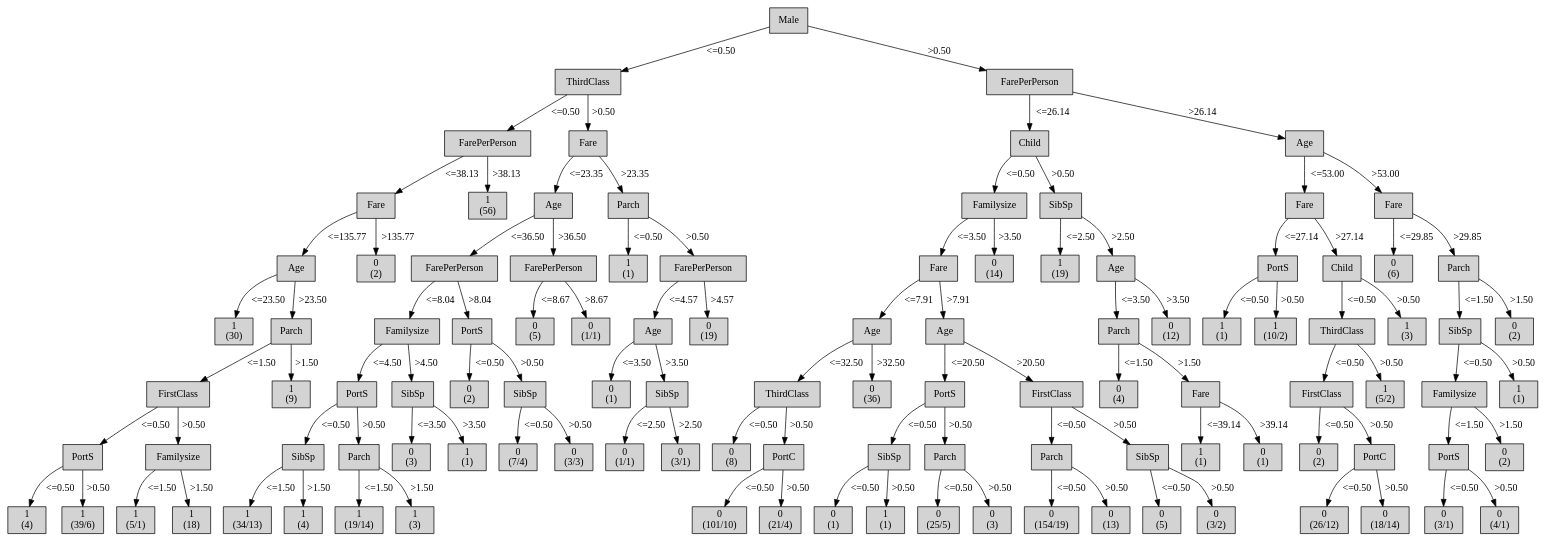
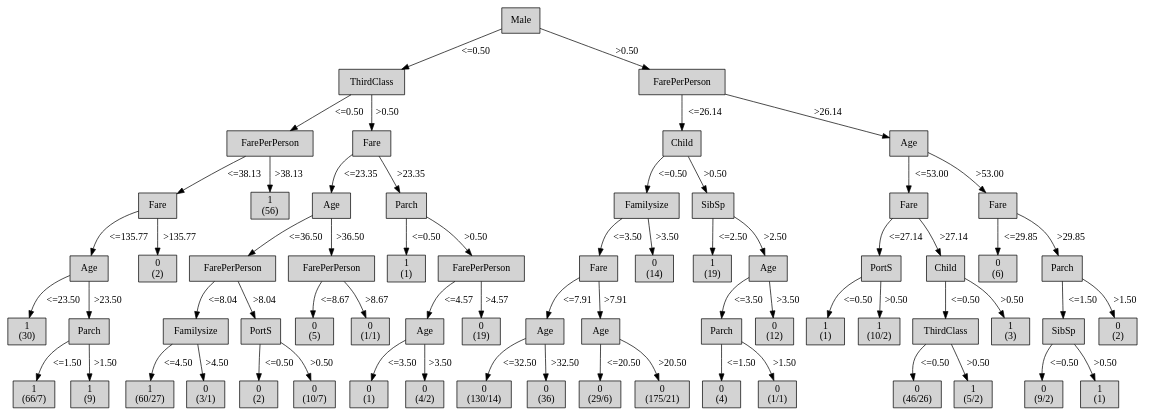
The diagram in output/train-1/tree.dot (mklb/BI-Python3), drawn with Graphviz before and after one commit. The commit also changed 1 other file, not shown here.

```diff
--- a/output/train-1/tree.dot
+++ b/output/train-1/tree.dot
@@ -20,373 +20,217 @@
 "6" [shape=box, style=filled, label="Parch
 ", weight=6]
 4 -> 6 [ label = ">23.50"];
-"7" [shape=box, style=filled, label="FirstClass
+"7" [shape=box, style=filled, label="1
+(66/7)
 ", weight=7]
 6 -> 7 [ label = "<=1.50"];
-"8" [shape=box, style=filled, label="PortS
-", weight=8]
-7 -> 8 [ label = "<=0.50"];
-"9" [shape=box, style=filled, label="1
-(4)
-", weight=9]
-8 -> 9 [ label = "<=0.50"];
-"10" [shape=box, style=filled, label="1
-(39/6)
-", weight=9]
-8 -> 10 [ label = ">0.50"];
-"11" [shape=box, style=filled, label="Familysize
-", weight=8]
-7 -> 11 [ label = ">0.50"];
-"12" [shape=box, style=filled, label="1
-(5/1)
-", weight=9]
-11 -> 12 [ label = "<=1.50"];
-"13" [shape=box, style=filled, label="1
-(18)
-", weight=9]
-11 -> 13 [ label = ">1.50"];
-"14" [shape=box, style=filled, label="1
+"8" [shape=box, style=filled, label="1
 (9)
 ", weight=7]
-6 -> 14 [ label = ">1.50"];
-"15" [shape=box, style=filled, label="0
+6 -> 8 [ label = ">1.50"];
+"9" [shape=box, style=filled, label="0
 (2)
 ", weight=5]
-3 -> 15 [ label = ">135.77"];
-"16" [shape=box, style=filled, label="1
+3 -> 9 [ label = ">135.77"];
+"10" [shape=box, style=filled, label="1
 (56)
 ", weight=4]
-2 -> 16 [ label = ">38.13"];
-"17" [shape=box, style=filled, label="Fare
+2 -> 10 [ label = ">38.13"];
+"11" [shape=box, style=filled, label="Fare
 ", weight=3]
-1 -> 17 [ label = ">0.50"];
-"18" [shape=box, style=filled, label="Age
+1 -> 11 [ label = ">0.50"];
+"12" [shape=box, style=filled, label="Age
 ", weight=4]
-17 -> 18 [ label = "<=23.35"];
-"19" [shape=box, style=filled, label="FarePerPerson
+11 -> 12 [ label = "<=23.35"];
+"13" [shape=box, style=filled, label="FarePerPerson
 ", weight=5]
-18 -> 19 [ label = "<=36.50"];
-"20" [shape=box, style=filled, label="Familysize
+12 -> 13 [ label = "<=36.50"];
+"14" [shape=box, style=filled, label="Familysize
 ", weight=6]
-19 -> 20 [ label = "<=8.04"];
-"21" [shape=box, style=filled, label="PortS
+13 -> 14 [ label = "<=8.04"];
+"15" [shape=box, style=filled, label="1
+(60/27)
 ", weight=7]
-20 -> 21 [ label = "<=4.50"];
-"22" [shape=box, style=filled, label="SibSp
-", weight=8]
-21 -> 22 [ label = "<=0.50"];
-"23" [shape=box, style=filled, label="1
-(34/13)
-", weight=9]
-22 -> 23 [ label = "<=1.50"];
-"24" [shape=box, style=filled, label="1
-(4)
-", weight=9]
-22 -> 24 [ label = ">1.50"];
-"25" [shape=box, style=filled, label="Parch
-", weight=8]
-21 -> 25 [ label = ">0.50"];
-"26" [shape=box, style=filled, label="1
-(19/14)
-", weight=9]
-25 -> 26 [ label = "<=1.50"];
-"27" [shape=box, style=filled, label="1
-(3)
-", weight=9]
-25 -> 27 [ label = ">1.50"];
-"28" [shape=box, style=filled, label="SibSp
+14 -> 15 [ label = "<=4.50"];
+"16" [shape=box, style=filled, label="0
+(3/1)
 ", weight=7]
-20 -> 28 [ label = ">4.50"];
-"29" [shape=box, style=filled, label="0
-(3)
-", weight=8]
-28 -> 29 [ label = "<=3.50"];
-"30" [shape=box, style=filled, label="1
-(1)
-", weight=8]
-28 -> 30 [ label = ">3.50"];
-"31" [shape=box, style=filled, label="PortS
+14 -> 16 [ label = ">4.50"];
+"17" [shape=box, style=filled, label="PortS
 ", weight=6]
-19 -> 31 [ label = ">8.04"];
-"32" [shape=box, style=filled, label="0
+13 -> 17 [ label = ">8.04"];
+"18" [shape=box, style=filled, label="0
 (2)
 ", weight=7]
-31 -> 32 [ label = "<=0.50"];
-"33" [shape=box, style=filled, label="SibSp
+17 -> 18 [ label = "<=0.50"];
+"19" [shape=box, style=filled, label="0
+(10/7)
 ", weight=7]
-31 -> 33 [ label = ">0.50"];
-"34" [shape=box, style=filled, label="0
-(7/4)
-", weight=8]
-33 -> 34 [ label = "<=0.50"];
-"35" [shape=box, style=filled, label="0
-(3/3)
-", weight=8]
-33 -> 35 [ label = ">0.50"];
-"36" [shape=box, style=filled, label="FarePerPerson
+17 -> 19 [ label = ">0.50"];
+"20" [shape=box, style=filled, label="FarePerPerson
 ", weight=5]
-18 -> 36 [ label = ">36.50"];
-"37" [shape=box, style=filled, label="0
+12 -> 20 [ label = ">36.50"];
+"21" [shape=box, style=filled, label="0
 (5)
 ", weight=6]
-36 -> 37 [ label = "<=8.67"];
-"38" [shape=box, style=filled, label="0
+20 -> 21 [ label = "<=8.67"];
+"22" [shape=box, style=filled, label="0
 (1/1)
 ", weight=6]
-36 -> 38 [ label = ">8.67"];
-"39" [shape=box, style=filled, label="Parch
+20 -> 22 [ label = ">8.67"];
+"23" [shape=box, style=filled, label="Parch
 ", weight=4]
-17 -> 39 [ label = ">23.35"];
-"40" [shape=box, style=filled, label="1
+11 -> 23 [ label = ">23.35"];
+"24" [shape=box, style=filled, label="1
 (1)
 ", weight=5]
-39 -> 40 [ label = "<=0.50"];
-"41" [shape=box, style=filled, label="FarePerPerson
+23 -> 24 [ label = "<=0.50"];
+"25" [shape=box, style=filled, label="FarePerPerson
 ", weight=5]
-39 -> 41 [ label = ">0.50"];
-"42" [shape=box, style=filled, label="Age
+23 -> 25 [ label = ">0.50"];
+"26" [shape=box, style=filled, label="Age
 ", weight=6]
-41 -> 42 [ label = "<=4.57"];
-"43" [shape=box, style=filled, label="0
+25 -> 26 [ label = "<=4.57"];
+"27" [shape=box, style=filled, label="0
 (1)
 ", weight=7]
-42 -> 43 [ label = "<=3.50"];
-"44" [shape=box, style=filled, label="SibSp
+26 -> 27 [ label = "<=3.50"];
+"28" [shape=box, style=filled, label="0
+(4/2)
 ", weight=7]
-42 -> 44 [ label = ">3.50"];
-"45" [shape=box, style=filled, label="0
-(1/1)
-", weight=8]
-44 -> 45 [ label = "<=2.50"];
-"46" [shape=box, style=filled, label="0
-(3/1)
-", weight=8]
-44 -> 46 [ label = ">2.50"];
-"47" [shape=box, style=filled, label="0
+26 -> 28 [ label = ">3.50"];
+"29" [shape=box, style=filled, label="0
 (19)
 ", weight=6]
-41 -> 47 [ label = ">4.57"];
-"48" [shape=box, style=filled, label="FarePerPerson
+25 -> 29 [ label = ">4.57"];
+"30" [shape=box, style=filled, label="FarePerPerson
 ", weight=2]
-0 -> 48 [ label = ">0.50"];
-"49" [shape=box, style=filled, label="Child
+0 -> 30 [ label = ">0.50"];
+"31" [shape=box, style=filled, label="Child
 ", weight=3]
-48 -> 49 [ label = "<=26.14"];
-"50" [shape=box, style=filled, label="Familysize
+30 -> 31 [ label = "<=26.14"];
+"32" [shape=box, style=filled, label="Familysize
 ", weight=4]
-49 -> 50 [ label = "<=0.50"];
-"51" [shape=box, style=filled, label="Fare
+31 -> 32 [ label = "<=0.50"];
+"33" [shape=box, style=filled, label="Fare
 ", weight=5]
-50 -> 51 [ label = "<=3.50"];
-"52" [shape=box, style=filled, label="Age
+32 -> 33 [ label = "<=3.50"];
+"34" [shape=box, style=filled, label="Age
 ", weight=6]
-51 -> 52 [ label = "<=7.91"];
-"53" [shape=box, style=filled, label="ThirdClass
+33 -> 34 [ label = "<=7.91"];
+"35" [shape=box, style=filled, label="0
+(130/14)
 ", weight=7]
-52 -> 53 [ label = "<=32.50"];
-"54" [shape=box, style=filled, label="0
-(8)
-", weight=8]
-53 -> 54 [ label = "<=0.50"];
-"55" [shape=box, style=filled, label="PortC
-", weight=8]
-53 -> 55 [ label = ">0.50"];
-"56" [shape=box, style=filled, label="0
-(101/10)
-", weight=9]
-55 -> 56 [ label = "<=0.50"];
-"57" [shape=box, style=filled, label="0
-(21/4)
-", weight=9]
-55 -> 57 [ label = ">0.50"];
-"58" [shape=box, style=filled, label="0
+34 -> 35 [ label = "<=32.50"];
+"36" [shape=box, style=filled, label="0
 (36)
 ", weight=7]
-52 -> 58 [ label = ">32.50"];
-"59" [shape=box, style=filled, label="Age
+34 -> 36 [ label = ">32.50"];
+"37" [shape=box, style=filled, label="Age
 ", weight=6]
-51 -> 59 [ label = ">7.91"];
-"60" [shape=box, style=filled, label="PortS
+33 -> 37 [ label = ">7.91"];
+"38" [shape=box, style=filled, label="0
+(29/6)
 ", weight=7]
-59 -> 60 [ label = "<=20.50"];
+37 -> 38 [ label = "<=20.50"];
+"39" [shape=box, style=filled, label="0
+(175/21)
+", weight=7]
+37 -> 39 [ label = ">20.50"];
+"40" [shape=box, style=filled, label="0
+(14)
+", weight=5]
+32 -> 40 [ label = ">3.50"];
+"41" [shape=box, style=filled, label="SibSp
+", weight=4]
+31 -> 41 [ label = ">0.50"];
+"42" [shape=box, style=filled, label="1
+(19)
+", weight=5]
+41 -> 42 [ label = "<=2.50"];
+"43" [shape=box, style=filled, label="Age
+", weight=5]
+41 -> 43 [ label = ">2.50"];
+"44" [shape=box, style=filled, label="Parch
+", weight=6]
+43 -> 44 [ label = "<=3.50"];
+"45" [shape=box, style=filled, label="0
+(4)
+", weight=7]
+44 -> 45 [ label = "<=1.50"];
+"46" [shape=box, style=filled, label="0
+(1/1)
+", weight=7]
+44 -> 46 [ label = ">1.50"];
+"47" [shape=box, style=filled, label="0
+(12)
+", weight=6]
+43 -> 47 [ label = ">3.50"];
+"48" [shape=box, style=filled, label="Age
+", weight=3]
+30 -> 48 [ label = ">26.14"];
+"49" [shape=box, style=filled, label="Fare
+", weight=4]
+48 -> 49 [ label = "<=53.00"];
+"50" [shape=box, style=filled, label="PortS
+", weight=5]
+49 -> 50 [ label = "<=27.14"];
+"51" [shape=box, style=filled, label="1
+(1)
+", weight=6]
+50 -> 51 [ label = "<=0.50"];
+"52" [shape=box, style=filled, label="1
+(10/2)
+", weight=6]
+50 -> 52 [ label = ">0.50"];
+"53" [shape=box, style=filled, label="Child
+", weight=5]
+49 -> 53 [ label = ">27.14"];
+"54" [shape=box, style=filled, label="ThirdClass
+", weight=6]
+53 -> 54 [ label = "<=0.50"];
+"55" [shape=box, style=filled, label="0
+(46/26)
+", weight=7]
+54 -> 55 [ label = "<=0.50"];
+"56" [shape=box, style=filled, label="1
+(5/2)
+", weight=7]
+54 -> 56 [ label = ">0.50"];
+"57" [shape=box, style=filled, label="1
+(3)
+", weight=6]
+53 -> 57 [ label = ">0.50"];
+"58" [shape=box, style=filled, label="Fare
+", weight=4]
+48 -> 58 [ label = ">53.00"];
+"59" [shape=box, style=filled, label="0
+(6)
+", weight=5]
+58 -> 59 [ label = "<=29.85"];
+"60" [shape=box, style=filled, label="Parch
+", weight=5]
+58 -> 60 [ label = ">29.85"];
 "61" [shape=box, style=filled, label="SibSp
-", weight=8]
-60 -> 61 [ label = "<=0.50"];
+", weight=6]
+60 -> 61 [ label = "<=1.50"];
 "62" [shape=box, style=filled, label="0
-(1)
-", weight=9]
+(9/2)
+", weight=7]
 61 -> 62 [ label = "<=0.50"];
 "63" [shape=box, style=filled, label="1
 (1)
-", weight=9]
+", weight=7]
 61 -> 63 [ label = ">0.50"];
-"64" [shape=box, style=filled, label="Parch
-", weight=8]
-60 -> 64 [ label = ">0.50"];
-"65" [shape=box, style=filled, label="0
-(25/5)
-", weight=9]
-64 -> 65 [ label = "<=0.50"];
-"66" [shape=box, style=filled, label="0
-(3)
-", weight=9]
-64 -> 66 [ label = ">0.50"];
-"67" [shape=box, style=filled, label="FirstClass
-", weight=7]
-59 -> 67 [ label = ">20.50"];
-"68" [shape=box, style=filled, label="Parch
-", weight=8]
-67 -> 68 [ label = "<=0.50"];
-"69" [shape=box, style=filled, label="0
-(154/19)
-", weight=9]
-68 -> 69 [ label = "<=0.50"];
-"70" [shape=box, style=filled, label="0
-(13)
-", weight=9]
-68 -> 70 [ label = ">0.50"];
-"71" [shape=box, style=filled, label="SibSp
-", weight=8]
-67 -> 71 [ label = ">0.50"];
-"72" [shape=box, style=filled, label="0
-(5)
-", weight=9]
-71 -> 72 [ label = "<=0.50"];
-"73" [shape=box, style=filled, label="0
-(3/2)
-", weight=9]
-71 -> 73 [ label = ">0.50"];
-"74" [shape=box, style=filled, label="0
-(14)
-", weight=5]
-50 -> 74 [ label = ">3.50"];
-"75" [shape=box, style=filled, label="SibSp
-", weight=4]
-49 -> 75 [ label = ">0.50"];
-"76" [shape=box, style=filled, label="1
-(19)
-", weight=5]
-75 -> 76 [ label = "<=2.50"];
-"77" [shape=box, style=filled, label="Age
-", weight=5]
-75 -> 77 [ label = ">2.50"];
-"78" [shape=box, style=filled, label="Parch
-", weight=6]
-77 -> 78 [ label = "<=3.50"];
-"79" [shape=box, style=filled, label="0
-(4)
-", weight=7]
-78 -> 79 [ label = "<=1.50"];
-"80" [shape=box, style=filled, label="Fare
-", weight=7]
-78 -> 80 [ label = ">1.50"];
-"81" [shape=box, style=filled, label="1
-(1)
-", weight=8]
-80 -> 81 [ label = "<=39.14"];
-"82" [shape=box, style=filled, label="0
-(1)
-", weight=8]
-80 -> 82 [ label = ">39.14"];
-"83" [shape=box, style=filled, label="0
-(12)
-", weight=6]
-77 -> 83 [ label = ">3.50"];
-"84" [shape=box, style=filled, label="Age
-", weight=3]
-48 -> 84 [ label = ">26.14"];
-"85" [shape=box, style=filled, label="Fare
-", weight=4]
-84 -> 85 [ label = "<=53.00"];
-"86" [shape=box, style=filled, label="PortS
-", weight=5]
-85 -> 86 [ label = "<=27.14"];
-"87" [shape=box, style=filled, label="1
-(1)
-", weight=6]
-86 -> 87 [ label = "<=0.50"];
-"88" [shape=box, style=filled, label="1
-(10/2)
-", weight=6]
-86 -> 88 [ label = ">0.50"];
-"89" [shape=box, style=filled, label="Child
-", weight=5]
-85 -> 89 [ label = ">27.14"];
-"90" [shape=box, style=filled, label="ThirdClass
-", weight=6]
-89 -> 90 [ label = "<=0.50"];
-"91" [shape=box, style=filled, label="FirstClass
-", weight=7]
-90 -> 91 [ label = "<=0.50"];
-"92" [shape=box, style=filled, label="0
-(2)
-", weight=8]
-91 -> 92 [ label = "<=0.50"];
-"93" [shape=box, style=filled, label="PortC
-", weight=8]
-91 -> 93 [ label = ">0.50"];
-"94" [shape=box, style=filled, label="0
-(26/12)
-", weight=9]
-93 -> 94 [ label = "<=0.50"];
-"95" [shape=box, style=filled, label="0
-(18/14)
-", weight=9]
-93 -> 95 [ label = ">0.50"];
-"96" [shape=box, style=filled, label="1
-(5/2)
-", weight=7]
-90 -> 96 [ label = ">0.50"];
-"97" [shape=box, style=filled, label="1
-(3)
-", weight=6]
-89 -> 97 [ label = ">0.50"];
-"98" [shape=box, style=filled, label="Fare
-", weight=4]
-84 -> 98 [ label = ">53.00"];
-"99" [shape=box, style=filled, label="0
-(6)
-", weight=5]
-98 -> 99 [ label = "<=29.85"];
-"100" [shape=box, style=filled, label="Parch
-", weight=5]
-98 -> 100 [ label = ">29.85"];
-"101" [shape=box, style=filled, label="SibSp
-", weight=6]
-100 -> 101 [ label = "<=1.50"];
-"102" [shape=box, style=filled, label="Familysize
-", weight=7]
-101 -> 102 [ label = "<=0.50"];
-"103" [shape=box, style=filled, label="PortS
-", weight=8]
-102 -> 103 [ label = "<=1.50"];
-"104" [shape=box, style=filled, label="0
-(3/1)
-", weight=9]
-103 -> 104 [ label = "<=0.50"];
-"105" [shape=box, style=filled, label="0
-(4/1)
-", weight=9]
-103 -> 105 [ label = ">0.50"];
-"106" [shape=box, style=filled, label="0
-(2)
-", weight=8]
-102 -> 106 [ label = ">1.50"];
-"107" [shape=box, style=filled, label="1
-(1)
-", weight=7]
-101 -> 107 [ label = ">0.50"];
-"108" [shape=box, style=filled, label="0
+"64" [shape=box, style=filled, label="0
 (2)
 ", weight=6]
-100 -> 108 [ label = ">1.50"];
+60 -> 64 [ label = ">1.50"];
 {rank=same; 0;};
-{rank=same; 1;48;};
-{rank=same; 2;17;49;84;};
-{rank=same; 3;16;18;39;50;75;85;98;};
-{rank=same; 4;15;19;36;40;41;51;74;76;77;86;89;99;100;};
-{rank=same; 5;6;20;31;37;38;42;47;52;59;78;83;87;88;90;97;101;108;};
-{rank=same; 7;14;21;28;32;33;43;44;53;58;60;67;79;80;91;96;102;107;};
-{rank=same; 8;11;22;25;29;30;34;35;45;46;54;55;61;64;68;71;81;82;92;93;103;106;};
-{rank=same; 9;10;12;13;23;24;26;27;56;57;62;63;65;66;69;70;72;73;94;95;104;105;};
+{rank=same; 1;30;};
+{rank=same; 2;11;31;48;};
+{rank=same; 3;10;12;23;32;41;49;58;};
+{rank=same; 4;9;13;20;24;25;33;40;42;43;50;53;59;60;};
+{rank=same; 5;6;14;17;21;22;26;29;34;37;44;47;51;52;54;57;61;64;};
+{rank=same; 7;8;15;16;18;19;27;28;35;36;38;39;45;46;55;56;62;63;};
 }
```
